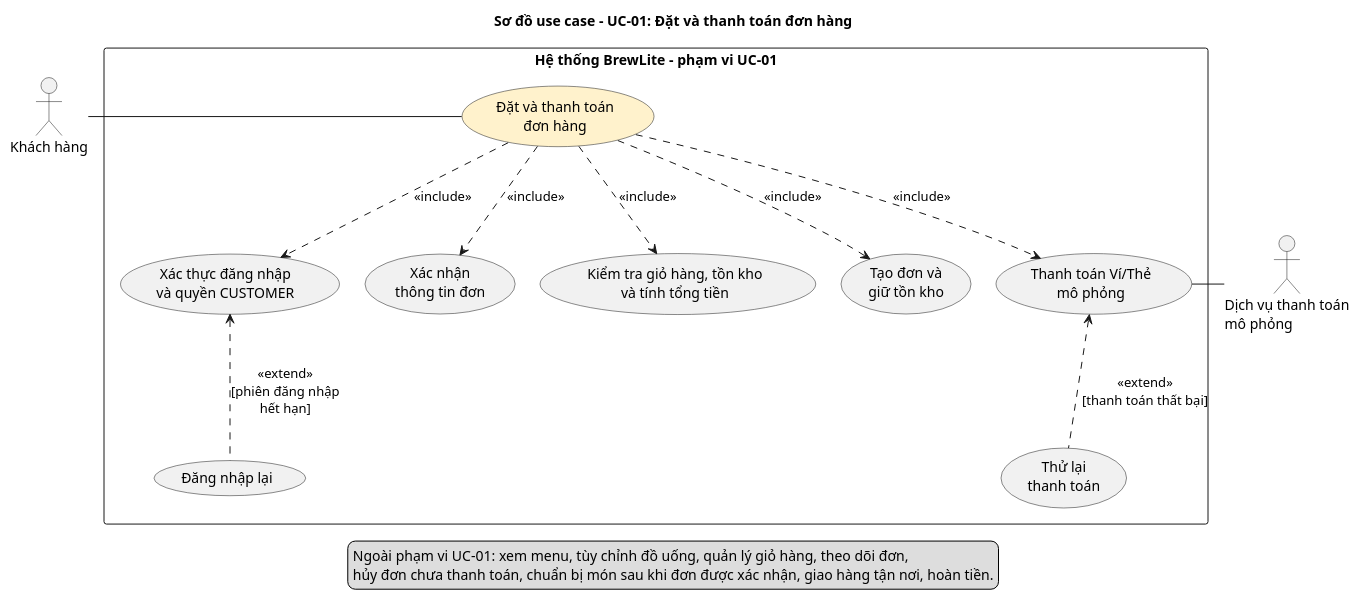
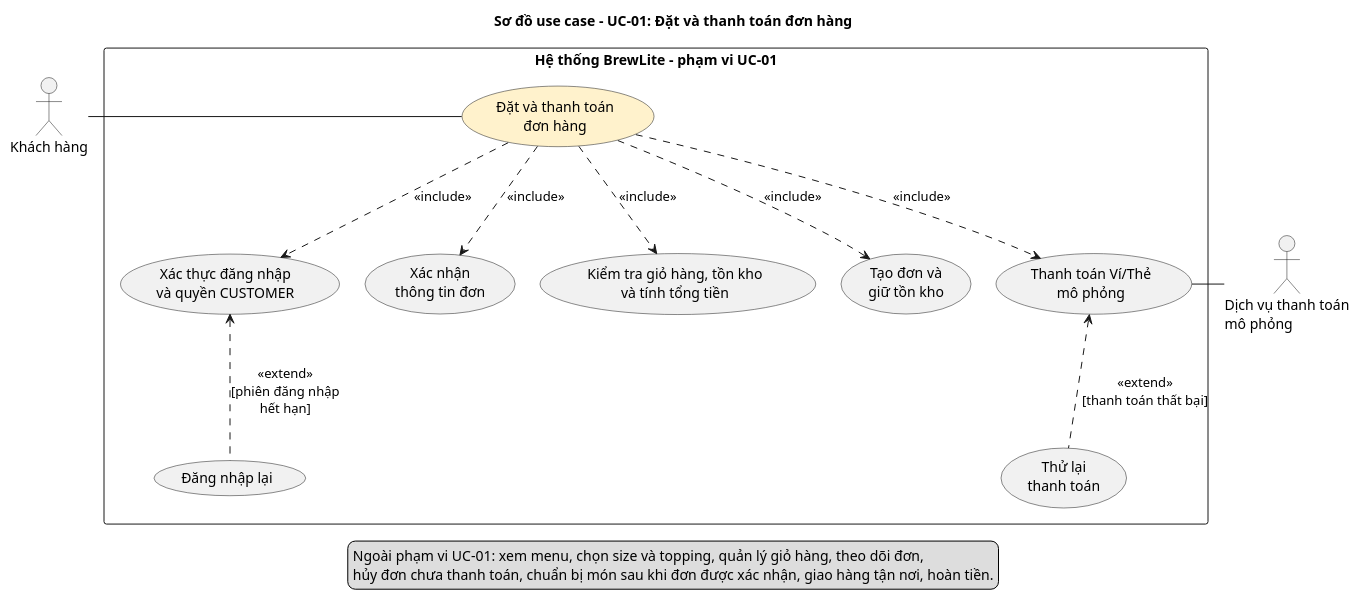
One commit to nguyenmintam23-z/CNPM changed the diagram in docs/diagrams/usecase-checkout.puml. Above: the diagram before and after it, drawn with PlantUML. The commit also changed 3 other files, not shown here.

First line of the commit message:
docs(task1.3): thống nhất tên use case Chọn size và topping

```diff
--- a/docs/diagrams/usecase-checkout.puml
+++ b/docs/diagrams/usecase-checkout.puml
@@ -1,48 +1,48 @@
 @startuml
 top to bottom direction
 skinparam shadowing false
 skinparam packageStyle rectangle
 skinparam nodesep 25
 skinparam ranksep 60
 
 title Sơ đồ use case - UC-01: Đặt và thanh toán đơn hàng
 
 actor "Khách hàng" as Customer
 actor "Dịch vụ thanh toán\nmô phỏng" as PaymentSvc
 
 rectangle "Hệ thống BrewLite - phạm vi UC-01" {
   usecase "Đặt và thanh toán\nđơn hàng" as UC01 #FFF2CC
 
   usecase "Xác thực đăng nhập\nvà quyền CUSTOMER" as UC_Auth
   usecase "Xác nhận\nthông tin đơn" as UC_Confirm
   usecase "Kiểm tra giỏ hàng, tồn kho\nvà tính tổng tiền" as UC_Validate
   usecase "Tạo đơn và\ngiữ tồn kho" as UC_Create
   usecase "Thanh toán Ví/Thẻ\nmô phỏng" as UC_Pay
 
   usecase "Đăng nhập lại" as UC_Relogin
   usecase "Thử lại\nthanh toán" as UC_Retry
 }
 
 Customer -right- UC01
 UC_Pay -right- PaymentSvc
 
 UC01 .down.> UC_Auth : <<include>>
 UC01 .down.> UC_Confirm : <<include>>
 UC01 .down.> UC_Validate : <<include>>
 UC01 .down.> UC_Create : <<include>>
 UC01 .down.> UC_Pay : <<include>>
 
 UC_Auth <.down. UC_Relogin : <<extend>>\n[phiên đăng nhập\nhết hạn]
 UC_Pay <.down. UC_Retry : <<extend>>\n[thanh toán thất bại]
 
 UC_Auth -[hidden]right- UC_Confirm
 UC_Confirm -[hidden]right- UC_Validate
 UC_Validate -[hidden]right- UC_Create
 UC_Create -[hidden]right- UC_Pay
 
 legend bottom
-  Ngoài phạm vi UC-01: xem menu, tùy chỉnh đồ uống, quản lý giỏ hàng, theo dõi đơn,
+  Ngoài phạm vi UC-01: xem menu, chọn size và topping, quản lý giỏ hàng, theo dõi đơn,
   hủy đơn chưa thanh toán, chuẩn bị món sau khi đơn được xác nhận, giao hàng tận nơi, hoàn tiền.
 endlegend
 
 @enduml
```
